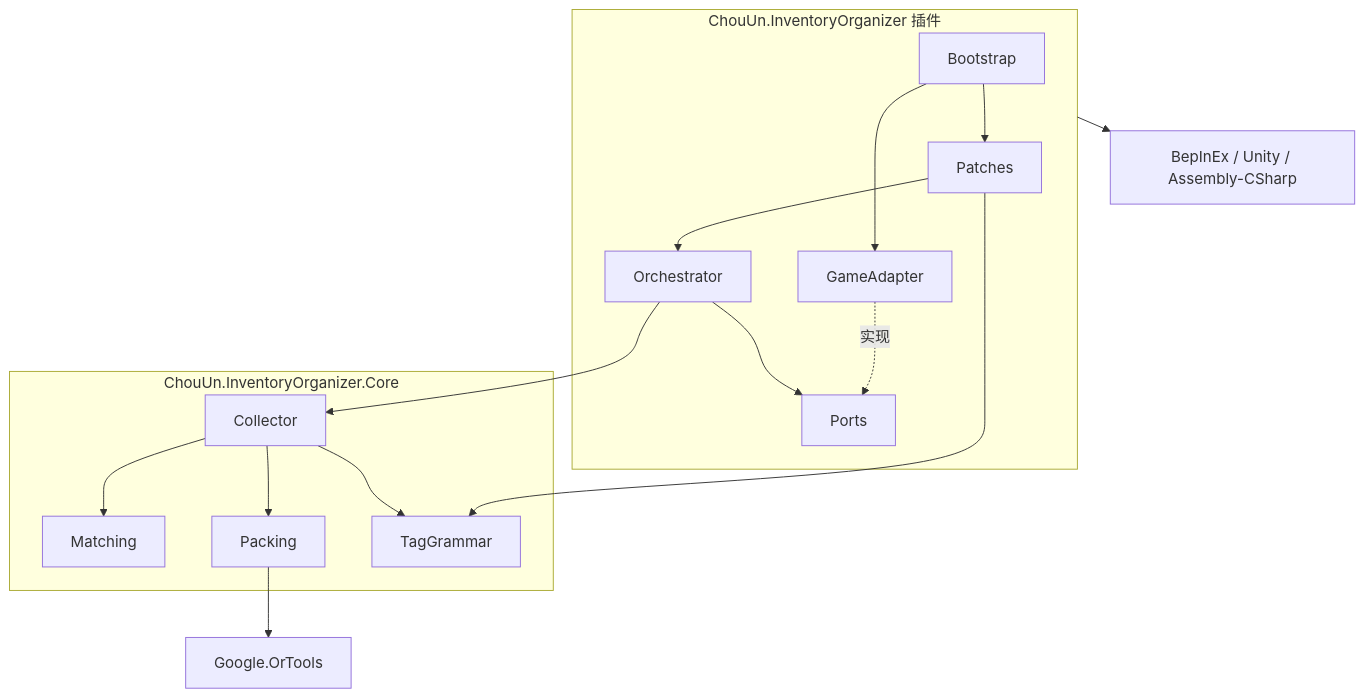
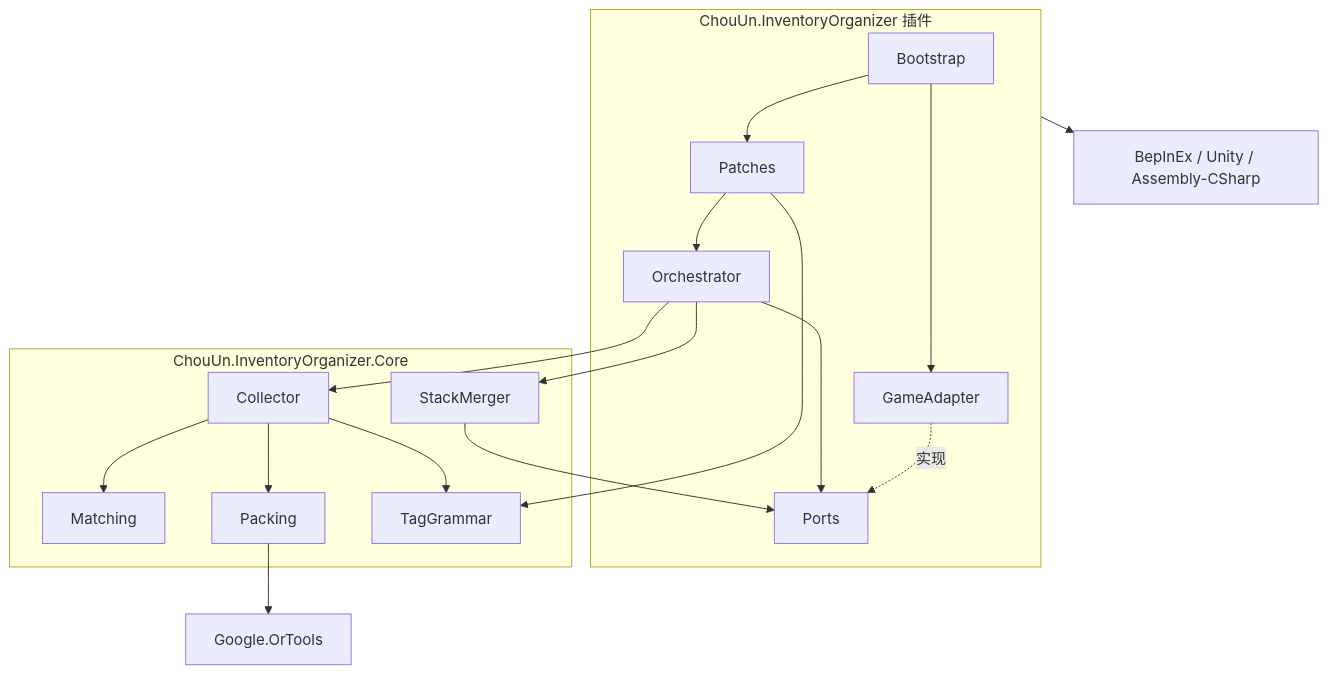
The first of 2 diagrams in docs/arch.md (ChouUn/spt-inventory-organizer), drawn with Mermaid before and after one commit. The commit also changed other lines of this file and 15 other files, not shown here.

````diff
--- a/docs/arch.md
+++ b/docs/arch.md
@@ -56,19 +57,21 @@
 ```mermaid
 flowchart TB
     subgraph Plugin[ChouUn.InventoryOrganizer 插件]
         Bootstrap --> Patches
         Bootstrap --> GameAdapter
         Patches --> Orchestrator
         GameAdapter -. 实现 .-> Ports
     end
     subgraph Core[ChouUn.InventoryOrganizer.Core]
         Orchestrator --> Ports
         Orchestrator --> Collector
+        Orchestrator --> StackMerger
+        StackMerger --> Ports
         Collector --> Matching
         Collector --> Packing
         Patches --> TagGrammar
         Collector --> TagGrammar
     end
     Packing --> OrTools[Google.OrTools]
     Plugin --> Game[BepInEx / Unity / Assembly-CSharp]
 ```
````
